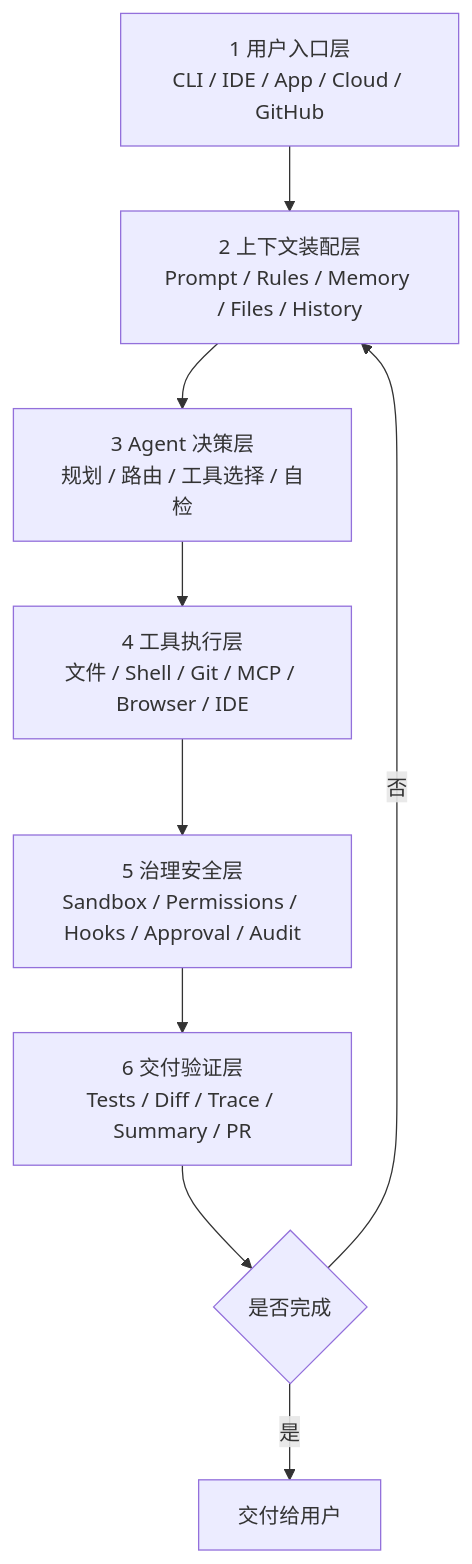
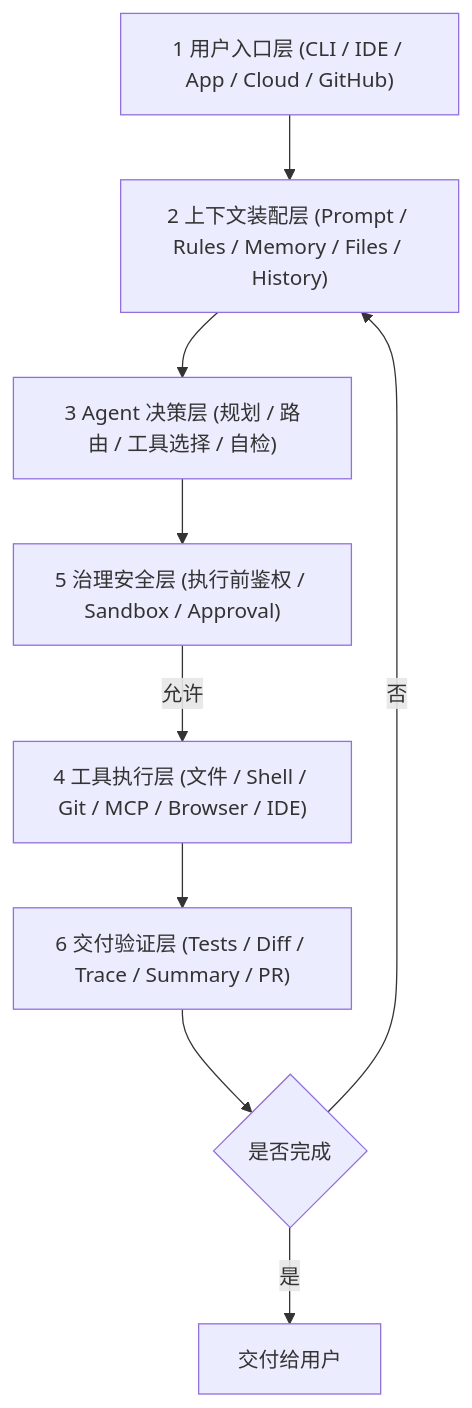
One commit to GuoWWWX/knowledge-base changed the diagram in 10-AI应用开发/09-标杆产品拆解/02-编程Agent通用架构图.md. Above: the diagram before and after it, drawn with Mermaid. The commit also changed other lines of this file and 251 other files, not shown here.

````diff
--- a/10-AI应用开发/09-标杆产品拆解/02-编程Agent通用架构图.md
+++ b/10-AI应用开发/09-标杆产品拆解/02-编程Agent通用架构图.md
@@ -17,11 +19,11 @@
 ```mermaid
 flowchart TD
-    A[1 用户入口层<br/>CLI / IDE / App / Cloud / GitHub] --> B[2 上下文装配层<br/>Prompt / Rules / Memory / Files / History]
-    B --> C[3 Agent 决策层<br/>规划 / 路由 / 工具选择 / 自检]
-    C --> D[4 工具执行层<br/>文件 / Shell / Git / MCP / Browser / IDE]
-    D --> E[5 治理安全层<br/>Sandbox / Permissions / Hooks / Approval / Audit]
-    E --> F[6 交付验证层<br/>Tests / Diff / Trace / Summary / PR]
-    F --> G{是否完成}
+    A["1 用户入口层 (CLI / IDE / App / Cloud / GitHub)"] --> B["2 上下文装配层 (Prompt / Rules / Memory / Files / History)"]
+    B --> C["3 Agent 决策层 (规划 / 路由 / 工具选择 / 自检)"]
+    C --> E["5 治理安全层 (执行前鉴权 / Sandbox / Approval)"]
+    E -->|允许| D["4 工具执行层 (文件 / Shell / Git / MCP / Browser / IDE)"]
+    D --> F["6 交付验证层 (Tests / Diff / Trace / Summary / PR)"]
+    F --> G{"是否完成"}
     G -->|否| B
-    G -->|是| H[交付给用户]
+    G -->|是| H["交付给用户"]
 ```
````
